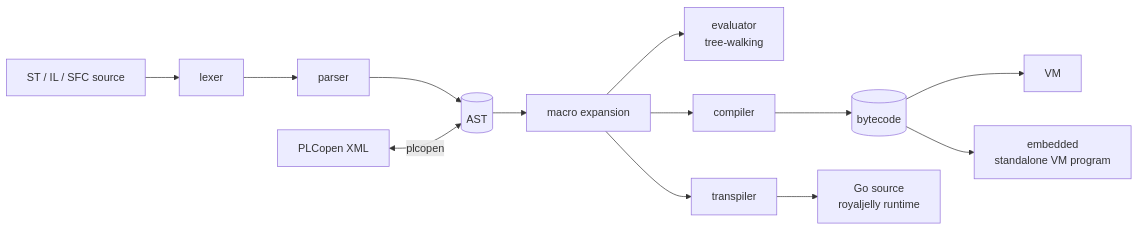
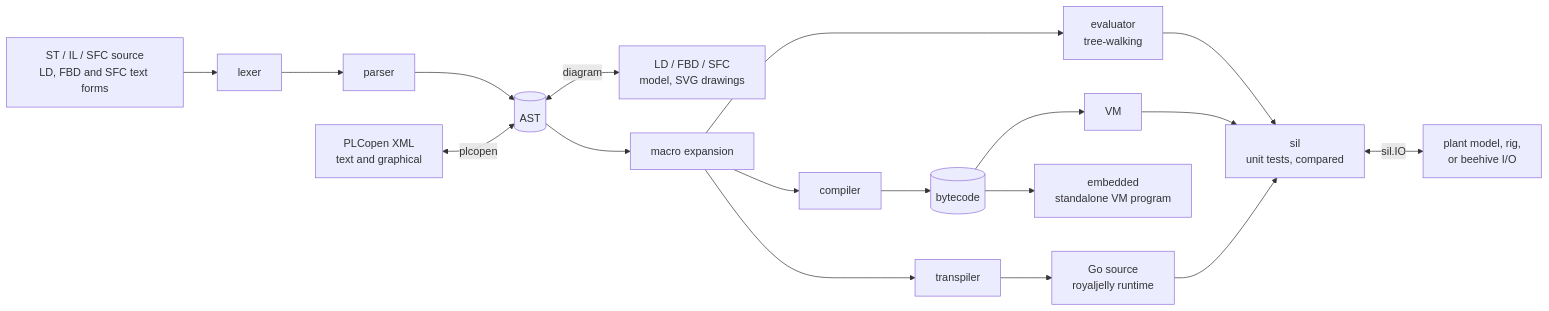
One commit to apiarytech/beedance changed the diagram in doc/architecture.md. Above: the diagram before and after it, drawn with Mermaid. The commit also changed other lines of this file and 1 other file, not shown here.

First line of the commit message:
doc: architecture with testing in the loop, graphical SFC and the newer packages

````diff
--- a/doc/architecture.md
+++ b/doc/architecture.md
@@ -5,10 +5,13 @@
 ```mermaid
 flowchart LR
-    src[ST / IL / SFC source] --> lex[lexer] --> par[parser] --> ast[(AST)]
-    xml[PLCopen XML] <-->|plcopen| ast
+    src[ST / IL / SFC source<br/>LD, FBD and SFC text forms] --> lex[lexer] --> par[parser] --> ast[(AST)]
+    xml[PLCopen XML<br/>text and graphical] <-->|plcopen| ast
+    ast <-->|diagram| svg[LD / FBD / SFC<br/>model, SVG drawings]
     ast --> mac[macro expansion]
     mac --> ev[evaluator<br/>tree-walking]
     mac --> comp[compiler] --> bc[(bytecode)] --> vm[VM]
     mac --> tr[transpiler] --> go[Go source<br/>royaljelly runtime]
     bc --> emb[embedded<br/>standalone VM program]
+    ev & vm & go --> sil[sil<br/>unit tests, compared]
+    sil <-->|sil.IO| io[plant model, rig,<br/>or beehive I/O]
 ```
````
